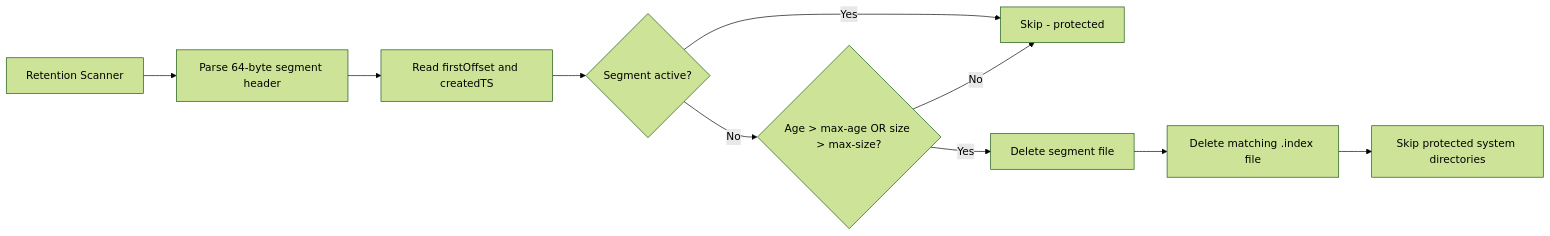
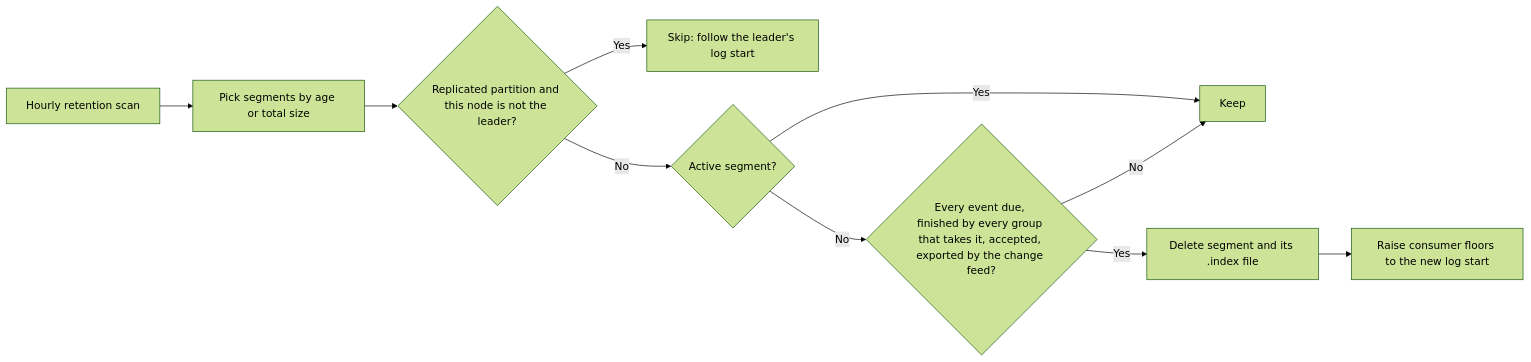
The ninth of 47 diagrams in ARCHITECTURE.md (jatin711-debug/cronos_db_golang), drawn with Mermaid (forest theme) before and after one commit. The commit also changed other lines of this file and 31 other files, not shown here.

````diff
--- a/ARCHITECTURE.md
+++ b/ARCHITECTURE.md
@@ -406,12 +433,12 @@
 ```mermaid
 flowchart LR
-    A[Retention Scanner] --> B[Parse 64-byte segment header]
-    B --> C[Read firstOffset and createdTS]
-    C --> D{Segment active?}
-    D -->|Yes| Z[Skip - protected]
-    D -->|No| E{Age > max-age OR size > max-size?}
-    E -->|No| Z
-    E -->|Yes| F[Delete segment file]
-    F --> G[Delete matching .index file]
-    G --> H[Skip protected system directories]
+    A[Hourly retention scan] --> B[Pick segments by age or total size]
+    B --> C{Replicated partition and this node is not the leader?}
+    C -->|Yes| Z[Skip: follow the leader's log start]
+    C -->|No| D{Active segment?}
+    D -->|Yes| K[Keep]
+    D -->|No| E{Every event due, finished by every group that takes it, accepted, exported by the change feed?}
+    E -->|No| K
+    E -->|Yes| F[Delete segment and its .index file]
+    F --> G[Raise consumer floors to the new log start]
 ```
````
